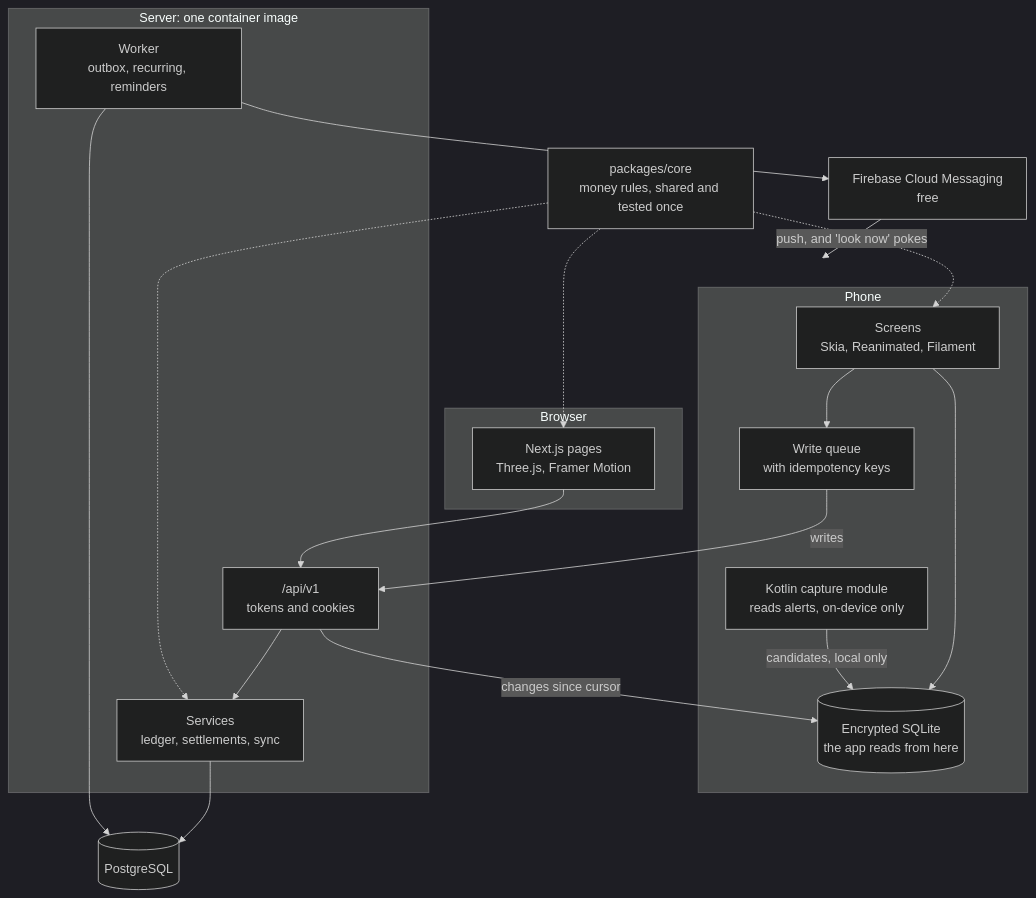
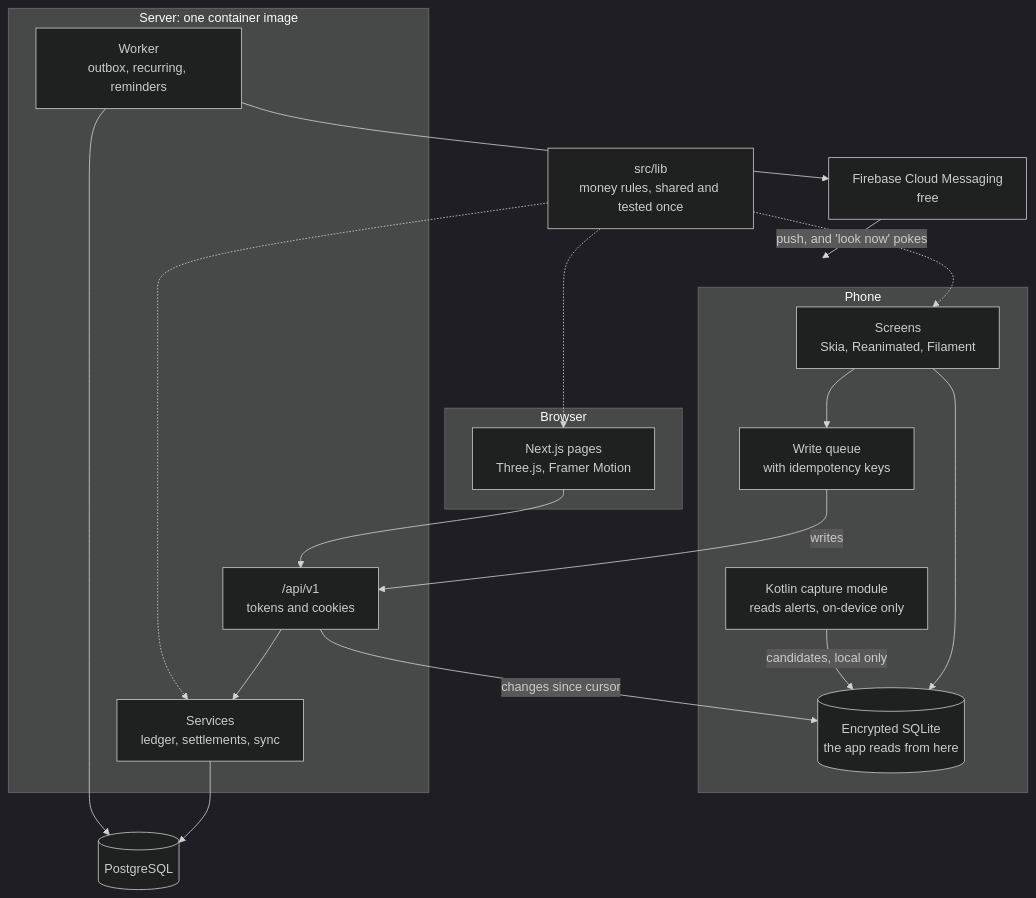
One commit to Sayandip-Jana-1018/SplitX changed the first of 2 diagrams in docs/mobile/ROADMAP.md. Above: the diagram before and after it, drawn with Mermaid (dark theme). The commit also changed other lines of this file and 38 other files, not shown here.

````diff
--- a/docs/mobile/ROADMAP.md
+++ b/docs/mobile/ROADMAP.md
@@ -86,35 +88,35 @@
 ```mermaid
 flowchart TB
     subgraph phone["Phone"]
         ui["Screens<br/>Skia, Reanimated, Filament"]
         local[("Encrypted SQLite<br/>the app reads from here")]
         queue["Write queue<br/>with idempotency keys"]
         cap["Kotlin capture module<br/>reads alerts, on-device only"]
         ui --> local
         ui --> queue
         cap -->|"candidates, local only"| local
     end
     subgraph web["Browser"]
         site["Next.js pages<br/>Three.js, Framer Motion"]
     end
     subgraph server["Server: one container image"]
         api["/api/v1<br/>tokens and cookies"]
         svc["Services<br/>ledger, settlements, sync"]
         worker["Worker<br/>outbox, recurring, reminders"]
         api --> svc
     end
-    core["packages/core<br/>money rules, shared and tested once"]
+    core["src/lib<br/>money rules, shared and tested once"]
     pg[("PostgreSQL")]
     fcm["Firebase Cloud Messaging<br/>free"]
 
     queue -->|"writes"| api
     api -->|"changes since cursor"| local
     site --> api
     svc --> pg
     worker --> pg
     worker --> fcm
     fcm -->|"push, and 'look now' pokes"| phone
     core -.-> ui
     core -.-> svc
     core -.-> site
 ```
````
